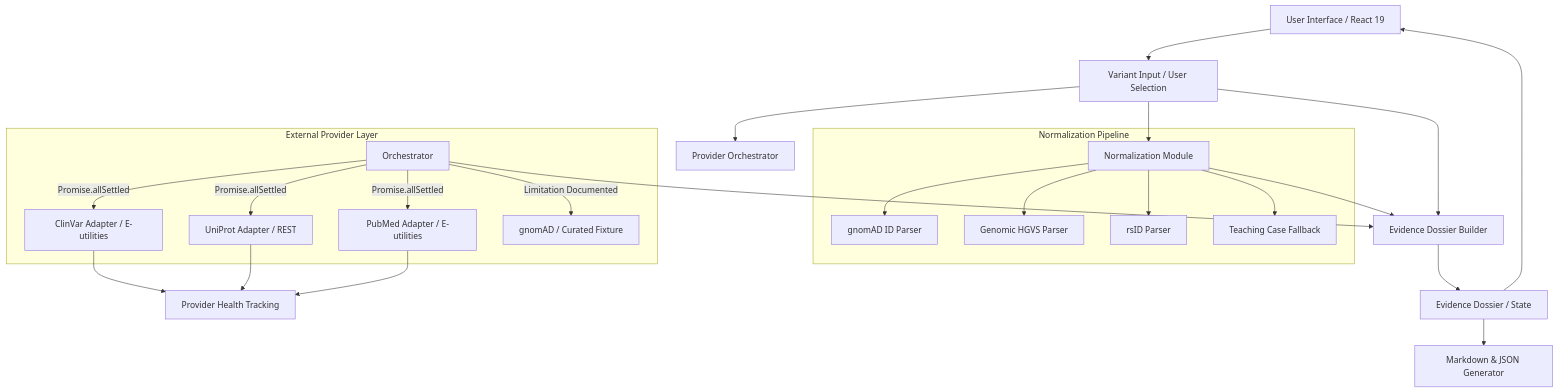
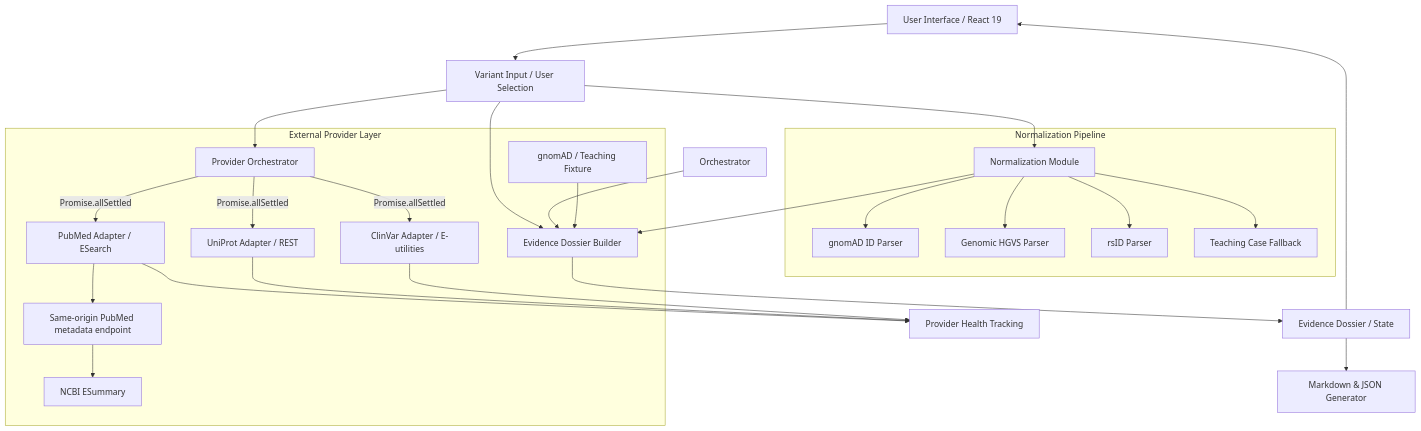
Before and after one commit to atomicdjt/AI-Project-Portfolio: the diagram in apps/variantvision-pro/docs/ARCHITECTURE.md, drawn with Mermaid. The commit also changed other lines of this file and 49 other files, not shown here.

````diff
--- a/apps/variantvision-pro/docs/ARCHITECTURE.md
+++ b/apps/variantvision-pro/docs/ARCHITECTURE.md
@@ -20,32 +20,34 @@
 ```mermaid
 flowchart TD
     UI[User Interface / React 19] --> Input[Variant Input / User Selection]
     Input --> Norm[Normalization Module]
     Input --> Orch[Provider Orchestrator]
 
     subgraph Normalization Pipeline
         Norm --> Path1[gnomAD ID Parser]
         Norm --> Path2[Genomic HGVS Parser]
         Norm --> Path3[rsID Parser]
         Norm --> Path4[Teaching Case Fallback]
     end
 
     subgraph External Provider Layer
-        Orchestrator -->|Promise.allSettled| P1[ClinVar Adapter / E-utilities]
-        Orchestrator -->|Promise.allSettled| P2[UniProt Adapter / REST]
-        Orchestrator -->|Promise.allSettled| P3[PubMed Adapter / E-utilities]
-        Orchestrator -->|Limitation Documented| P4[gnomAD / Curated Fixture]
+        Orch -->|Promise.allSettled| P1[ClinVar Adapter / E-utilities]
+        Orch -->|Promise.allSettled| P2[UniProt Adapter / REST]
+        Orch -->|Promise.allSettled| P3[PubMed Adapter / ESearch]
+        P3 --> Relay[Same-origin PubMed metadata endpoint]
+        Relay --> Summary[NCBI ESummary]
+        P4[gnomAD / Teaching Fixture] --> Builder
     end
 
     P1 --> Health[Provider Health Tracking]
     P2 --> Health
     P3 --> Health
 
     Norm --> Builder[Evidence Dossier Builder]
     Orchestrator --> Builder
     Input --> Builder
 
     Builder --> Dossier[Evidence Dossier / State]
     Dossier --> UI
     Dossier --> Export[Markdown & JSON Generator]
 ```
````
